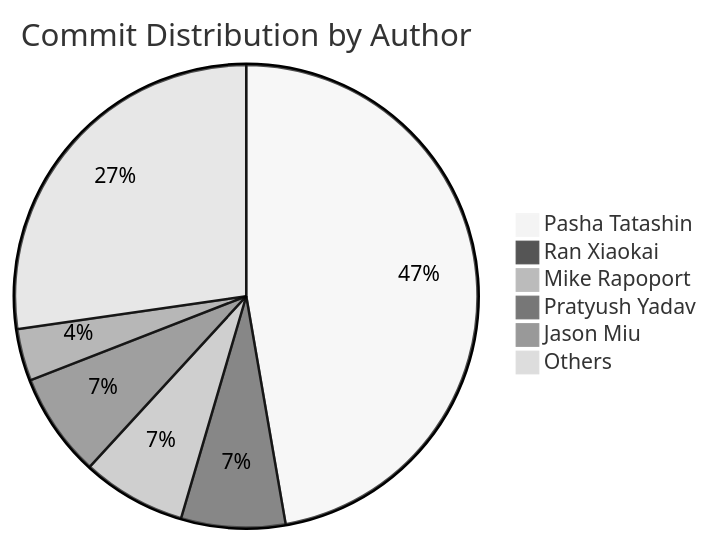
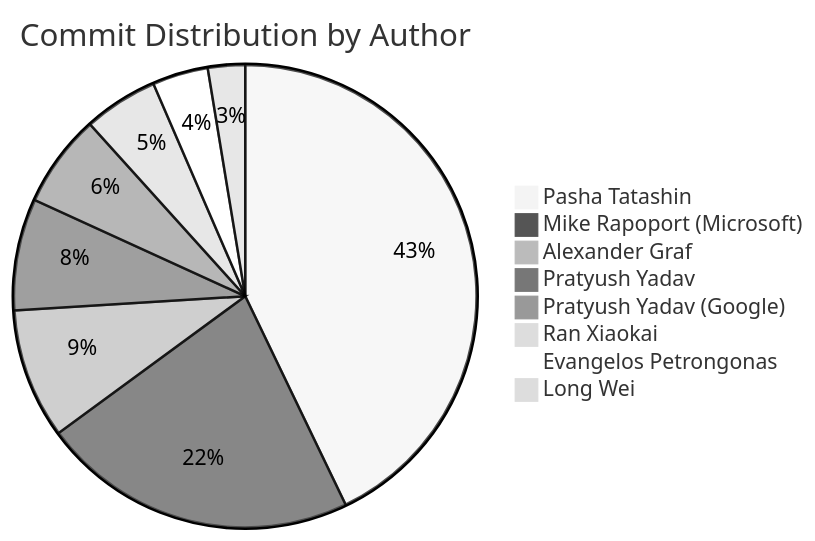
The second of 4 diagrams in Documentation/liveupdate/archaeology.md (Blitzy-Sandbox/blitzy-linux), drawn with Mermaid (neutral theme) before and after one commit. The commit also changed other lines of this file and 4 other files, not shown here.

````diff
--- a/Documentation/liveupdate/archaeology.md
+++ b/Documentation/liveupdate/archaeology.md
@@ -86,9 +148,11 @@
 ```mermaid
 pie title Commit Distribution by Author
-    "Pasha Tatashin" : 26
+    "Pasha Tatashin" : 33
+    "Mike Rapoport (Microsoft)" : 17
+    "Alexander Graf" : 7
+    "Pratyush Yadav" : 6
+    "Pratyush Yadav (Google)" : 5
     "Ran Xiaokai" : 4
-    "Mike Rapoport" : 4
-    "Pratyush Yadav" : 4
-    "Jason Miu" : 2
-    "Others" : 15
+    "Evangelos Petrongonas" : 3
+    "Long Wei" : 2
 ```
````
